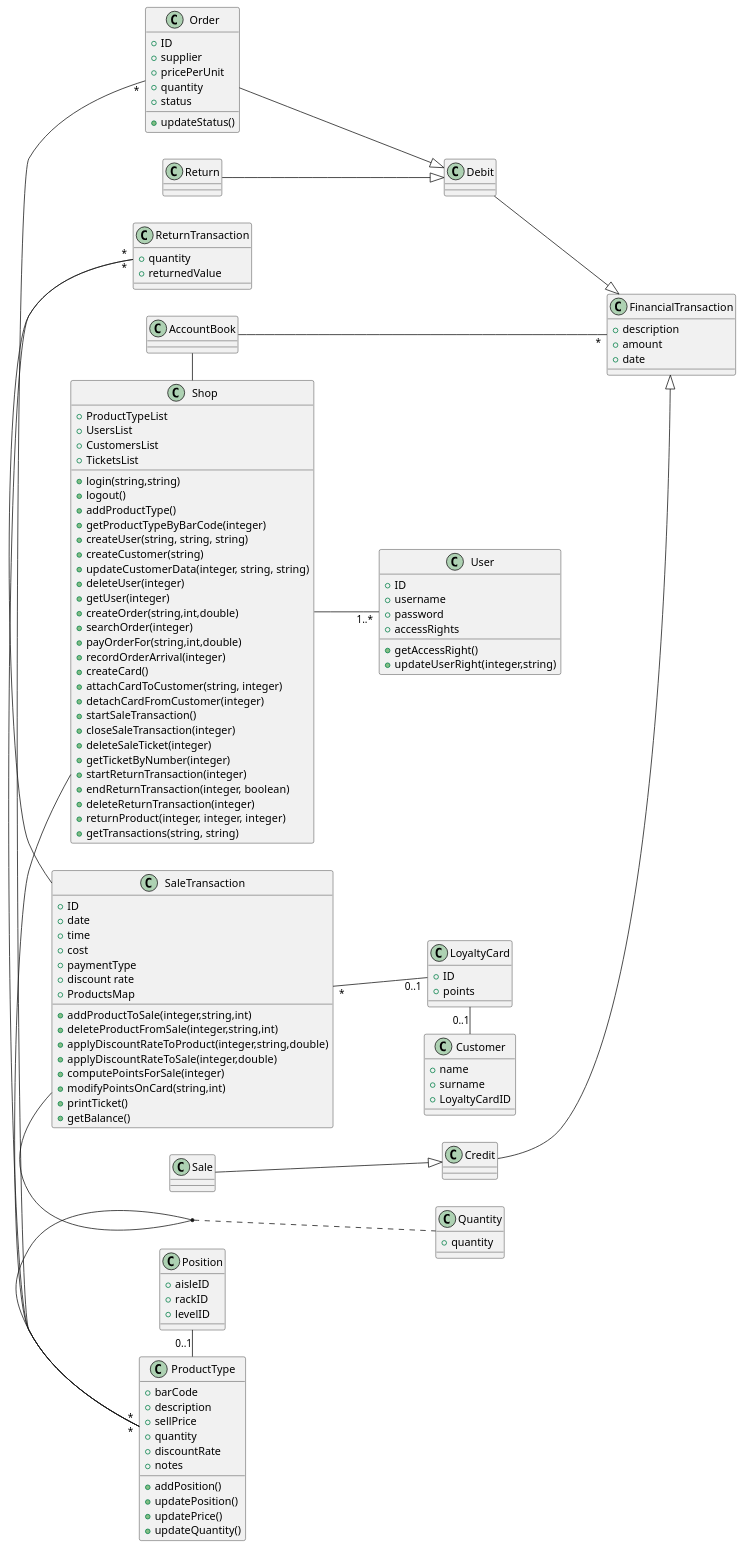
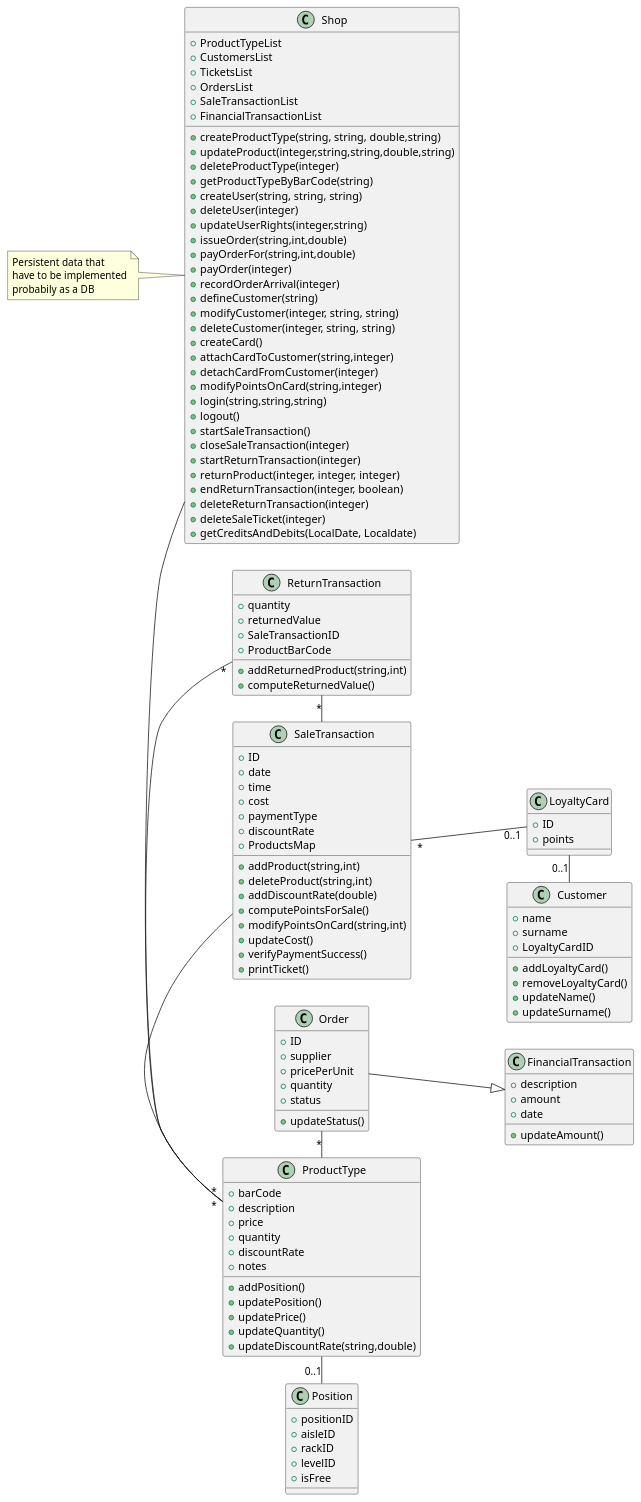
The second of 2 diagrams in Deliverables/DesignDocument.md (GrayNeel/SoftEngProject-EZShop), drawn with PlantUML before and after one commit. The commit also changed other lines of this file, not shown here.

Commit message:
feat: completed class diagram

````diff
--- a/Deliverables/DesignDocument.md
+++ b/Deliverables/DesignDocument.md
@@ -51,67 +51,61 @@
 left to right direction
 class Shop {
     +ProductTypeList
-    +UsersList
     +CustomersList
     +TicketsList
+    +OrdersList
+    +SaleTransactionList
+    +FinancialTransactionList
 
-    +login(string,string)
+    +createProductType(string, string, double,string)
+    +updateProduct(integer,string,string,double,string)
+    +deleteProductType(integer)
+    +getProductTypeByBarCode(string)
+    +createUser(string, string, string)
+    +deleteUser(integer)
+    +updateUserRights(integer,string)
+    +issueOrder(string,int,double)
+    +payOrderFor(string,int,double)
+    +payOrder(integer)
+    +recordOrderArrival(integer)
+    +defineCustomer(string)
+    +modifyCustomer(integer, string, string)
+    +deleteCustomer(integer, string, string)
+    +createCard()
+    +attachCardToCustomer(string,integer)
+    +detachCardFromCustomer(integer)
+    +modifyPointsOnCard(string,integer)
+    +login(string,string,string)
     +logout()
-    +addProductType()
-    +getProductTypeByBarCode(integer)
-    +createUser(string, string, string)
-    +createCustomer(string)
-    +updateCustomerData(integer, string, string)
-    +deleteUser(integer)
-    +getUser(integer)
-    +createOrder(string,int,double)
-    +searchOrder(integer)
-    +payOrderFor(string,int,double)
-    +recordOrderArrival(integer)
-    +createCard()
-    +attachCardToCustomer(string, integer)
-    +detachCardFromCustomer(integer)
     +startSaleTransaction()
     +closeSaleTransaction(integer)
-    +deleteSaleTicket(integer)
-    +getTicketByNumber(integer)
     +startReturnTransaction(integer)
+    +returnProduct(integer, integer, integer)
     +endReturnTransaction(integer, boolean)
     +deleteReturnTransaction(integer)
-    +returnProduct(integer, integer, integer)
-    +getTransactions(string, string)
+    +deleteSaleTicket(integer)
+    +getCreditsAndDebits(LocalDate, Localdate)
 }
-class AccountBook 
 
-AccountBook - Shop
+note "Persistent data that\nhave to be implemented\nprobabily as a DB" as N1
+
+N1 .. Shop
 
 class FinancialTransaction {
  +description
  +amount
  +date
+
+ +updateAmount()
 }
 
-AccountBook -- "*" FinancialTransaction
-
-class Credit 
-class Debit
-
-Credit --|> FinancialTransaction
-Debit --|> FinancialTransaction
-
-class Order
-class Sale
-class Return
-
-Order --|> Debit
-Sale --|> Credit
-Return --|> Debit
+Order --|> FinancialTransaction
 
 
 class ProductType{
     +barCode
     +description
-    +sellPrice
+    +price
     +quantity
     +discountRate
     +notes
@@ -120,6 +114,7 @@
     +updatePosition()
     +updatePrice()
     +updateQuantity()
+    +updateDiscountRate(string,double)
 }
 
 Shop - "*" ProductType
@@ -130,24 +125,19 @@
     +time
     +cost
     +paymentType
-    +discount rate
+    +discountRate
     +ProductsMap
 
-    +addProductToSale(integer,string,int)
-    +deleteProductFromSale(integer,string,int)
-    +applyDiscountRateToProduct(integer,string,double)
-    +applyDiscountRateToSale(integer,double)
-    +computePointsForSale(integer)
+    +addProduct(string,int)
+    +deleteProduct(string,int)
+    +addDiscountRate(double)
+    +computePointsForSale()
     +modifyPointsOnCard(string,int)
+    +updateCost()
+    +verifyPaymentSuccess()
     +printTicket()
-    +getBalance()
 }
 SaleTransaction - "*" ProductType
-
-class Quantity {
-    +quantity
-}
-(SaleTransaction, ProductType)  .. Quantity
 
 class LoyaltyCard {
     +ID
@@ -158,6 +148,11 @@
     +name
     +surname
     +LoyaltyCardID
+
+    +addLoyaltyCard()
+    +removeLoyaltyCard()
+    +updateName()
+    +updateSurname()
 }
 
 LoyaltyCard "0..1" - Customer
@@ -165,9 +160,11 @@
 SaleTransaction "*" -- "0..1" LoyaltyCard
 
 class Position {
+    +positionID
     +aisleID
     +rackID
     +levelID
+    +isFree
 }
 
 ProductType - "0..1" Position
@@ -187,22 +184,15 @@
 class ReturnTransaction {
   +quantity
   +returnedValue
+  +SaleTransactionID
+  +ProductBarCode
+
+  +addReturnedProduct(string,int)
+  +computeReturnedValue()
 }
 
 ReturnTransaction "*" - SaleTransaction
 ReturnTransaction "*" - ProductType
 
-class User {
-    +ID
-    +username
-    +password
-    +accessRights
-
-    +getAccessRight()
-    +updateUserRight(integer,string)    
-}
-
-Shop -- "1..*" User
-
 @enduml
 ```
````
